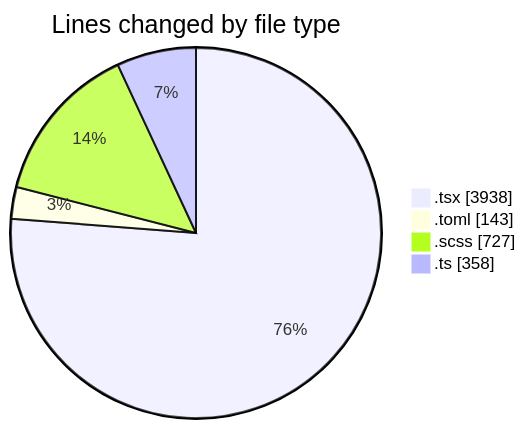
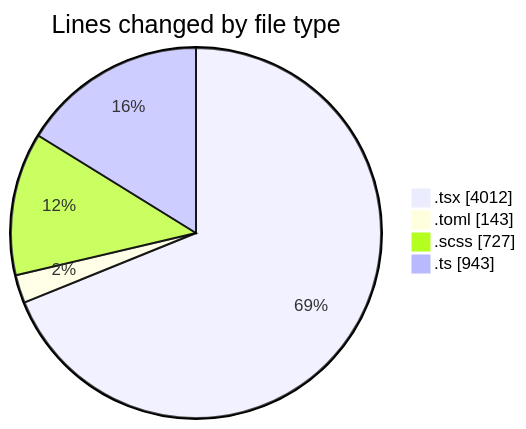
Before and after one commit to momahboobian/code-tracking: the first of 2 diagrams in 2026-11-02/cda/README.md, drawn with Mermaid. The commit also changed other lines of this file and 1 other file, not shown here.

````diff
--- a/2026-11-02/cda/README.md
+++ b/2026-11-02/cda/README.md
@@ -55,8 +58,8 @@
 ```mermaid
 pie showData
 title Lines changed by file type
-".tsx" : 3938
+".tsx" : 4012
 ".toml" : 143
 ".scss" : 727
-".ts" : 358
+".ts" : 943
 ```
````
